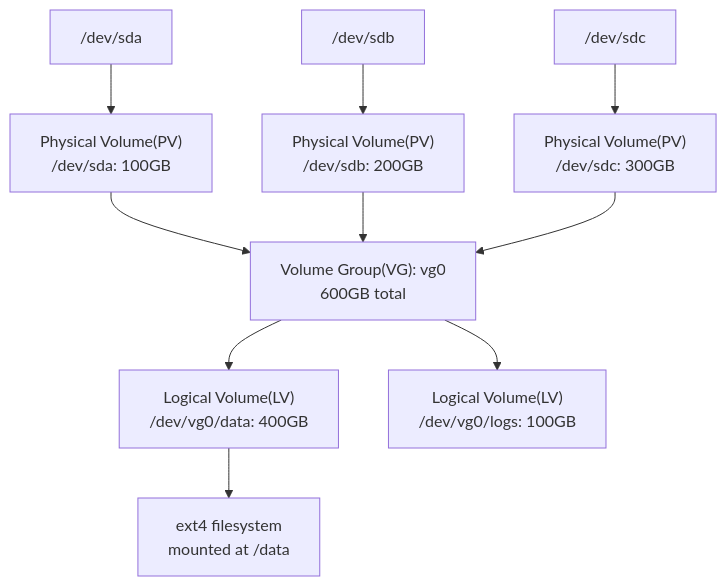
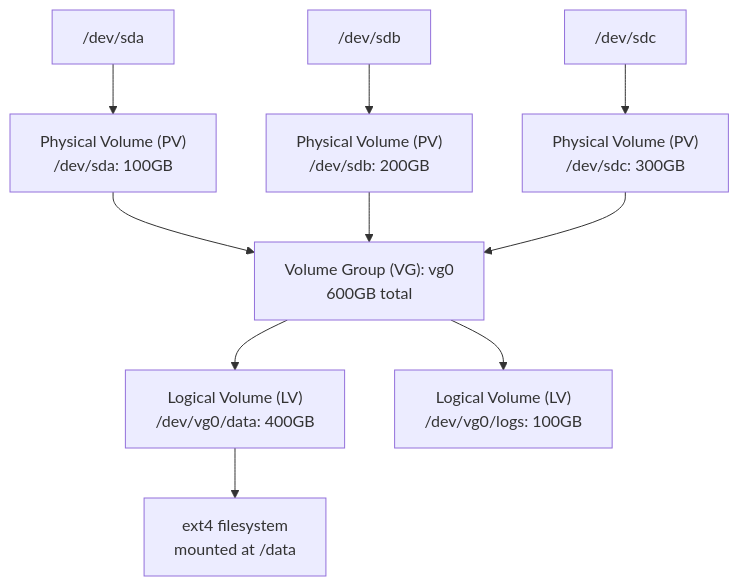
The diagram in content/questions/fundamentals/lvm-storage.md (pploc/swe-icon-the-moment), drawn with Mermaid before and after one commit. The commit also changed 95 other files, not shown here.

Commit message:
fix: update the practice mode diagram bug not display

````diff
--- a/content/questions/fundamentals/lvm-storage.md
+++ b/content/questions/fundamentals/lvm-storage.md
@@ -18,13 +18,14 @@
 ```mermaid
 flowchart TB
     D1["/dev/sda"] & D2["/dev/sdb"] & D3["/dev/sdc"]
-    D1 --> PV1["Physical Volume(PV)\n/dev/sda: 100GB"]
-    D2 --> PV2["Physical Volume(PV)\n/dev/sdb: 200GB"]
-    D3 --> PV3["Physical Volume(PV)\n/dev/sdc: 300GB"]
-    PV1 & PV2 & PV3 --> VG["Volume Group(VG): vg0\n600GB total"]
-    VG --> LV1["Logical Volume(LV)\n/dev/vg0/data: 400GB"]
-    VG --> LV2["Logical Volume(LV)\n/dev/vg0/logs: 100GB"]
+    D1 --> PV1["Physical Volume (PV)\n/dev/sda: 100GB"]
+    D2 --> PV2["Physical Volume (PV)\n/dev/sdb: 200GB"]
+    D3 --> PV3["Physical Volume (PV)\n/dev/sdc: 300GB"]
+    PV1 & PV2 & PV3 --> VG["Volume Group (VG): vg0\n600GB total"]
+    VG --> LV1["Logical Volume (LV)\n/dev/vg0/data: 400GB"]
+    VG --> LV2["Logical Volume (LV)\n/dev/vg0/logs: 100GB"]
     LV1 --> FS["ext4 filesystem\nmounted at /data"]
 
 
+
 ```
````
